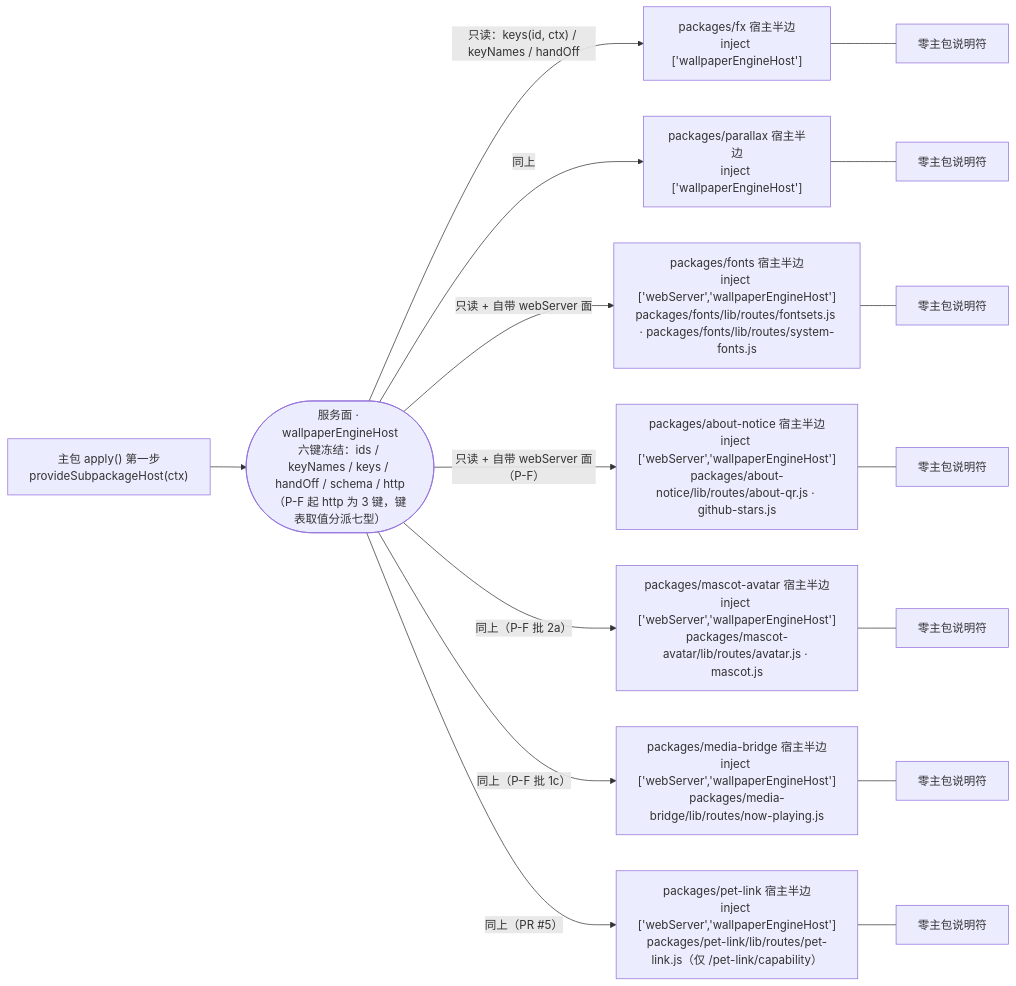
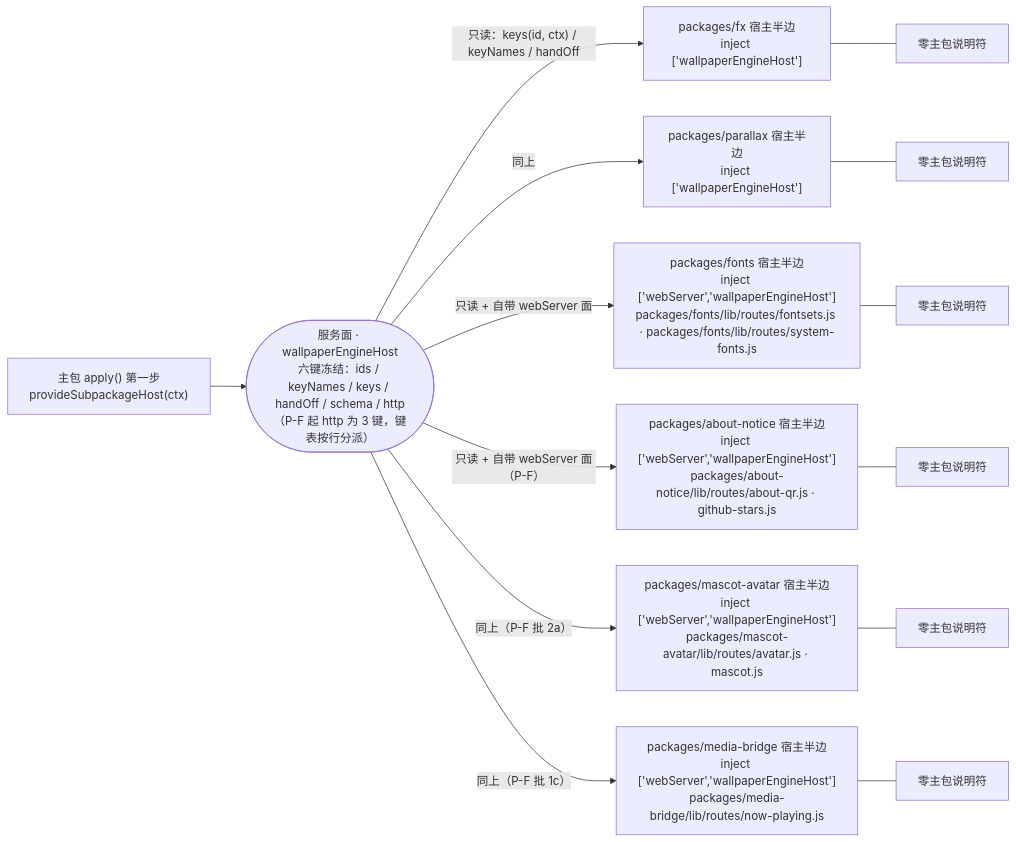
The second of 3 diagrams in docs/SUBPACKAGE-GRAPH.md (AuroraAeon/dsh-wallpaper-engine), drawn with Mermaid before and after one commit. The commit also changed other lines of this file and 133 other files, not shown here.

First line of the commit message:
fix(六项): 头像裁切/出现频率、壁纸库缩略图、轮播间隔与视频播完、思考玻璃三挡、阅读页底色、子包自检

````diff
--- a/docs/SUBPACKAGE-GRAPH.md
+++ b/docs/SUBPACKAGE-GRAPH.md
@@ -54,20 +53,18 @@
 ```mermaid
 graph LR
   APPLY["主包 apply() 第一步<br/>provideSubpackageHost(ctx)"]
-  SVC(["服务面 · wallpaperEngineHost<br/>六键冻结：ids / keyNames / keys / handOff / schema / http<br/>（P-F 起 http 为 3 键，键表取值分派七型）"])
+  SVC(["服务面 · wallpaperEngineHost<br/>六键冻结：ids / keyNames / keys / handOff / schema / http<br/>（P-F 起 http 为 3 键，键表按行分派）"])
   APPLY --> SVC
   SVC -->|"只读：keys(id, ctx) / keyNames / handOff"| FX["packages/fx 宿主半边<br/>inject ['wallpaperEngineHost']"]
   SVC -->|"同上"| PX["packages/parallax 宿主半边<br/>inject ['wallpaperEngineHost']"]
   SVC -->|"只读 + 自带 webServer 面"| FT["packages/fonts 宿主半边<br/>inject ['webServer','wallpaperEngineHost']<br/>packages/fonts/lib/routes/fontsets.js · packages/fonts/lib/routes/system-fonts.js"]
   SVC -->|"只读 + 自带 webServer 面（P-F）"| AN["packages/about-notice 宿主半边<br/>inject ['webServer','wallpaperEngineHost']<br/>packages/about-notice/lib/routes/about-qr.js · github-stars.js"]
   SVC -->|"同上（P-F 批 2a）"| MA["packages/mascot-avatar 宿主半边<br/>inject ['webServer','wallpaperEngineHost']<br/>packages/mascot-avatar/lib/routes/avatar.js · mascot.js"]
   SVC -->|"同上（P-F 批 1c）"| MB["packages/media-bridge 宿主半边<br/>inject ['webServer','wallpaperEngineHost']<br/>packages/media-bridge/lib/routes/now-playing.js"]
-  SVC -->|"同上（PR #5）"| PL["packages/pet-link 宿主半边<br/>inject ['webServer','wallpaperEngineHost']<br/>packages/pet-link/lib/routes/pet-link.js（仅 /pet-link/capability）"]
   FX --- N1["零主包说明符"]
   PX --- N2["零主包说明符"]
   FT --- N3["零主包说明符"]
   AN --- N4["零主包说明符"]
   MA --- N5["零主包说明符"]
   MB --- N6["零主包说明符"]
-  PL --- N7["零主包说明符"]
 ```
````
